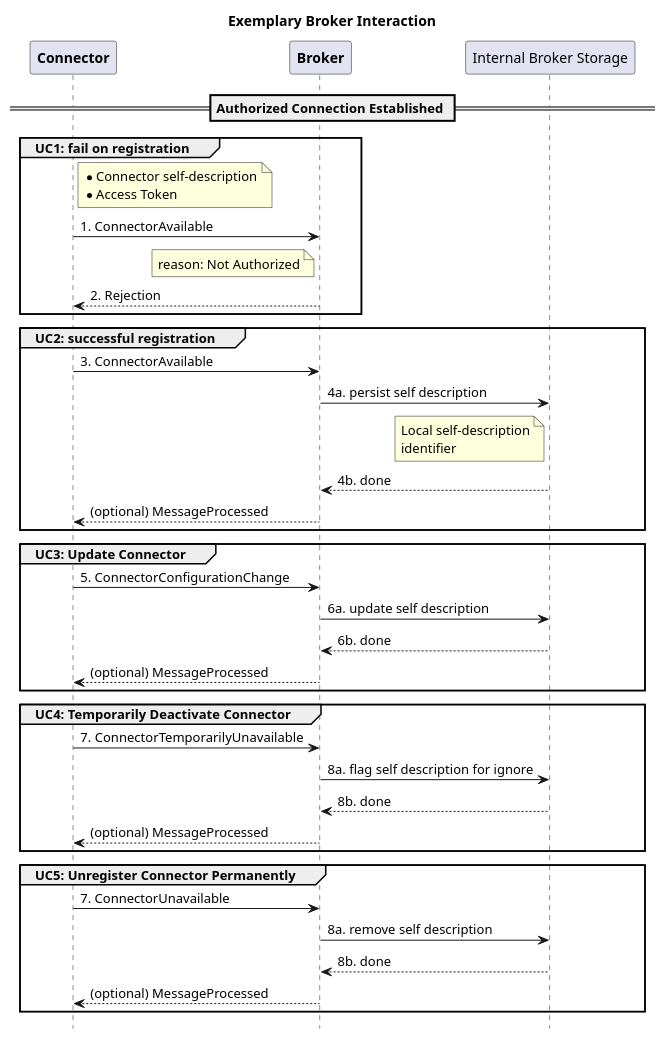
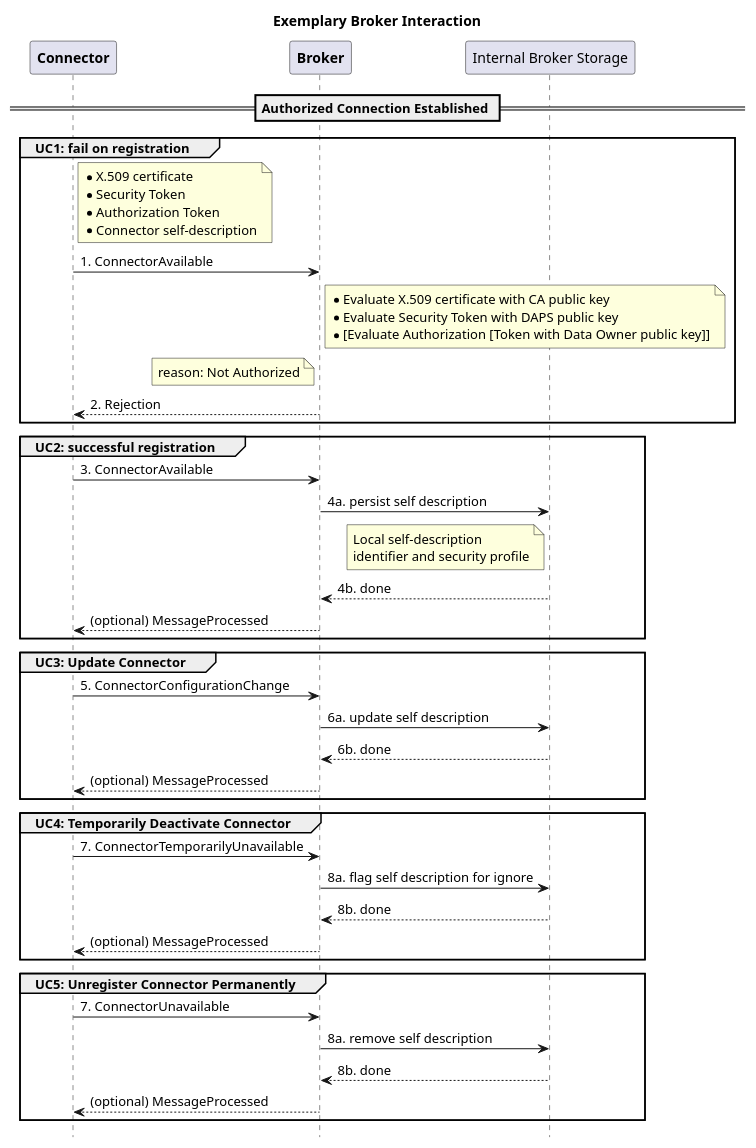
One commit to IndustrialDataSpace/Documentation changed the diagram in broker_interaction.plantuml. Above: the diagram before and after it, drawn with PlantUML. The commit also changed 3 other files, not shown here.

```diff
--- a/broker_interaction.plantuml
+++ b/broker_interaction.plantuml
@@ -1,49 +1,50 @@
 @startuml
 
 hide footbox
 
 title Exemplary Broker Interaction
 
 participant "**Connector**" as C
 participant "**Broker**" as B
 participant "Internal Broker Storage" as IBS
 
 == Authorized Connection Established ==
 
 group UC1: fail on registration
-    note right of C: *Connector self-description\n*Access Token
+    note right of C: *X.509 certificate\n*Security Token\n*Authorization Token\n*Connector self-description
     C -> B: 1. ConnectorAvailable
+	note right of B: *Evaluate X.509 certificate with CA public key\n*Evaluate Security Token with DAPS public key\n*[Evaluate Authorization [Token with Data Owner public key]]
     note left of B: reason: Not Authorized
     B --> C: 2. Rejection
 end
 
 group UC2: successful registration
     C -> B: 3. ConnectorAvailable
     B -> IBS: 4a. persist self description
-    note left of IBS: Local self-description\nidentifier
+    note left of IBS: Local self-description\nidentifier and security profile
     IBS --> B: 4b. done
     B --> C: (optional) MessageProcessed
 end
 
 group UC3: Update Connector
     C -> B: 5. ConnectorConfigurationChange
     B -> IBS: 6a. update self description
     IBS --> B: 6b. done
     B --> C: (optional) MessageProcessed
 end
 
 group UC4: Temporarily Deactivate Connector
     C -> B: 7. ConnectorTemporarilyUnavailable
     B -> IBS: 8a. flag self description for ignore
     IBS --> B: 8b. done
     B --> C: (optional) MessageProcessed
 end
 
 group UC5: Unregister Connector Permanently
     C -> B: 7. ConnectorUnavailable
     B -> IBS: 8a. remove self description
     IBS --> B: 8b. done
     B --> C: (optional) MessageProcessed
 end
 
 @enduml
```
